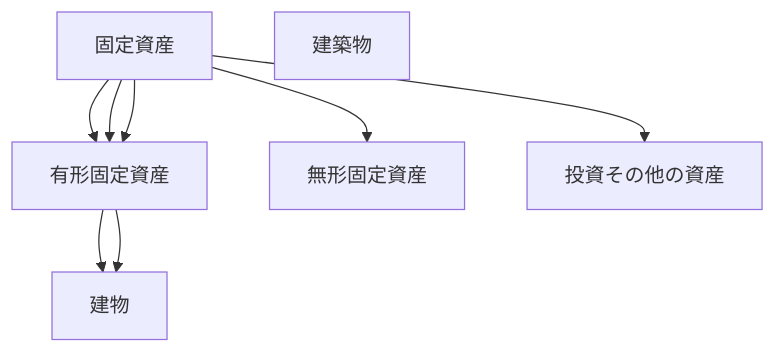
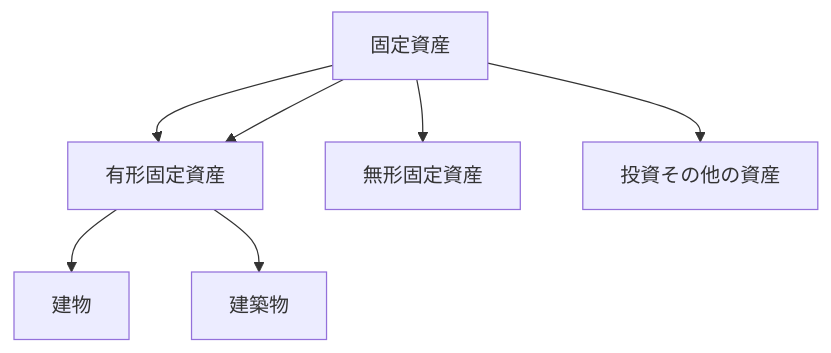
The diagram in 固定資産/固定資産の分類.md (bebetakumi/mermaid), drawn with Mermaid before and after one commit.

````diff
--- a/固定資産/固定資産の分類.md
+++ b/固定資産/固定資産の分類.md
@@ -1,17 +1,16 @@
 ```mermaid
 graph TD
 
 固定資産
 有形固定資産
 無形固定資産
 投資その他の資産
 建物
 建築物
 
-固定資産 --> 有形固定資産 --> 建物
-固定資産 --> 有形固定資産 --> 建物
+固定資産 --> 有形固定資産 --> 建物 & 建築物
 固定資産 --> 有形固定資産
 固定資産 --> 無形固定資産
 固定資産 --> 投資その他の資産
 
 ```
````
